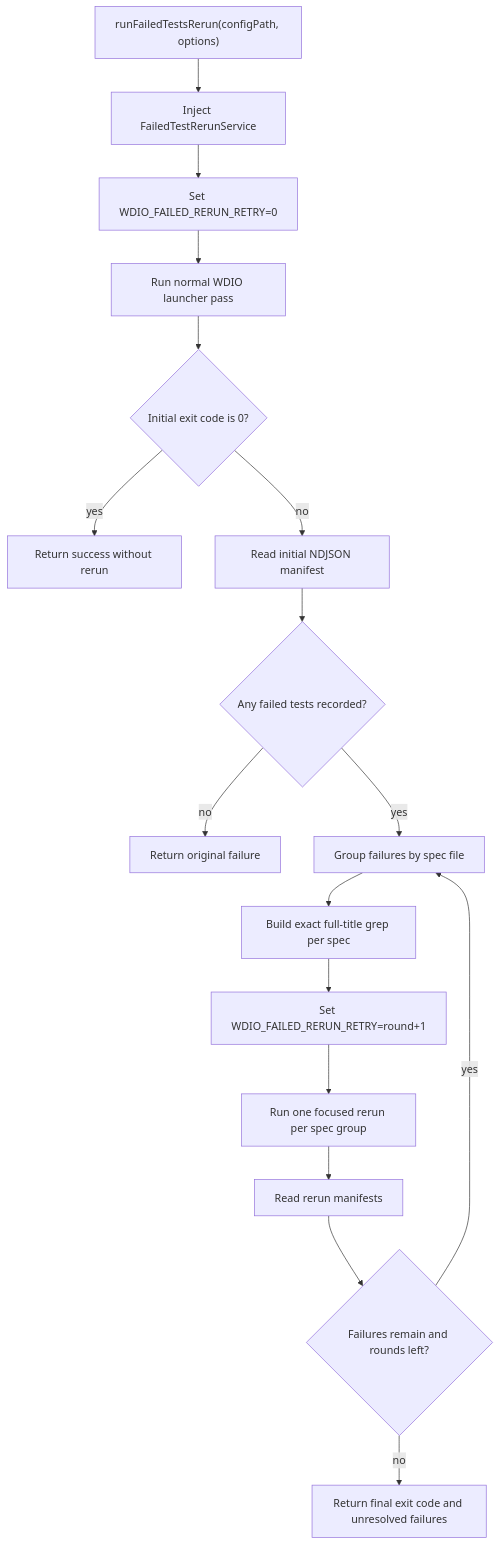
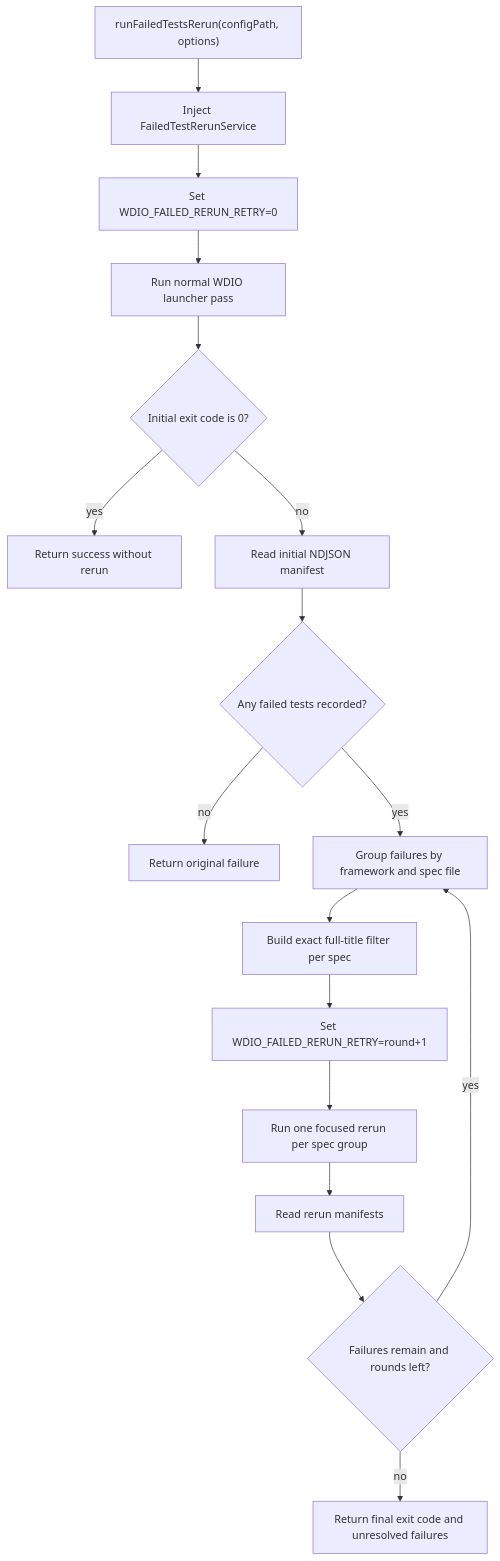
One commit to JustasMonkev/jm-wdio-failed-rerun-runner changed the first of 2 diagrams in README.md. Above: the diagram before and after it, drawn with Mermaid. The commit also changed other lines of this file and 10 other files, not shown here.

````diff
--- a/README.md
+++ b/README.md
@@ -183,19 +183,19 @@
 ```mermaid
 flowchart TD
     A["runFailedTestsRerun(configPath, options)"] --> B["Inject FailedTestRerunService"]
     B --> C["Set WDIO_FAILED_RERUN_RETRY=0"]
     C --> D["Run normal WDIO launcher pass"]
     D --> E{"Initial exit code is 0?"}
     E -- "yes" --> F["Return success without rerun"]
     E -- "no" --> G["Read initial NDJSON manifest"]
     G --> H{"Any failed tests recorded?"}
     H -- "no" --> I["Return original failure"]
-    H -- "yes" --> J["Group failures by spec file"]
-    J --> K["Build exact full-title grep per spec"]
+    H -- "yes" --> J["Group failures by framework and spec file"]
+    J --> K["Build exact full-title filter per spec"]
     K --> L["Set WDIO_FAILED_RERUN_RETRY=round+1"]
     L --> M["Run one focused rerun per spec group"]
     M --> N["Read rerun manifests"]
     N --> O{"Failures remain and rounds left?"}
     O -- "yes" --> J
     O -- "no" --> P["Return final exit code and unresolved failures"]
 ```
````
